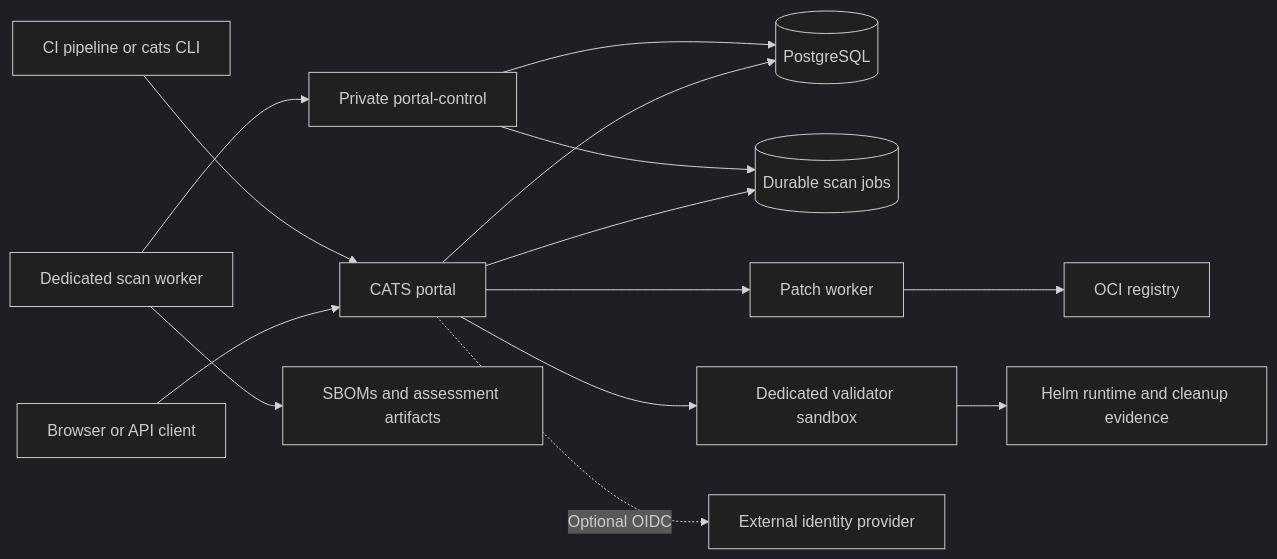
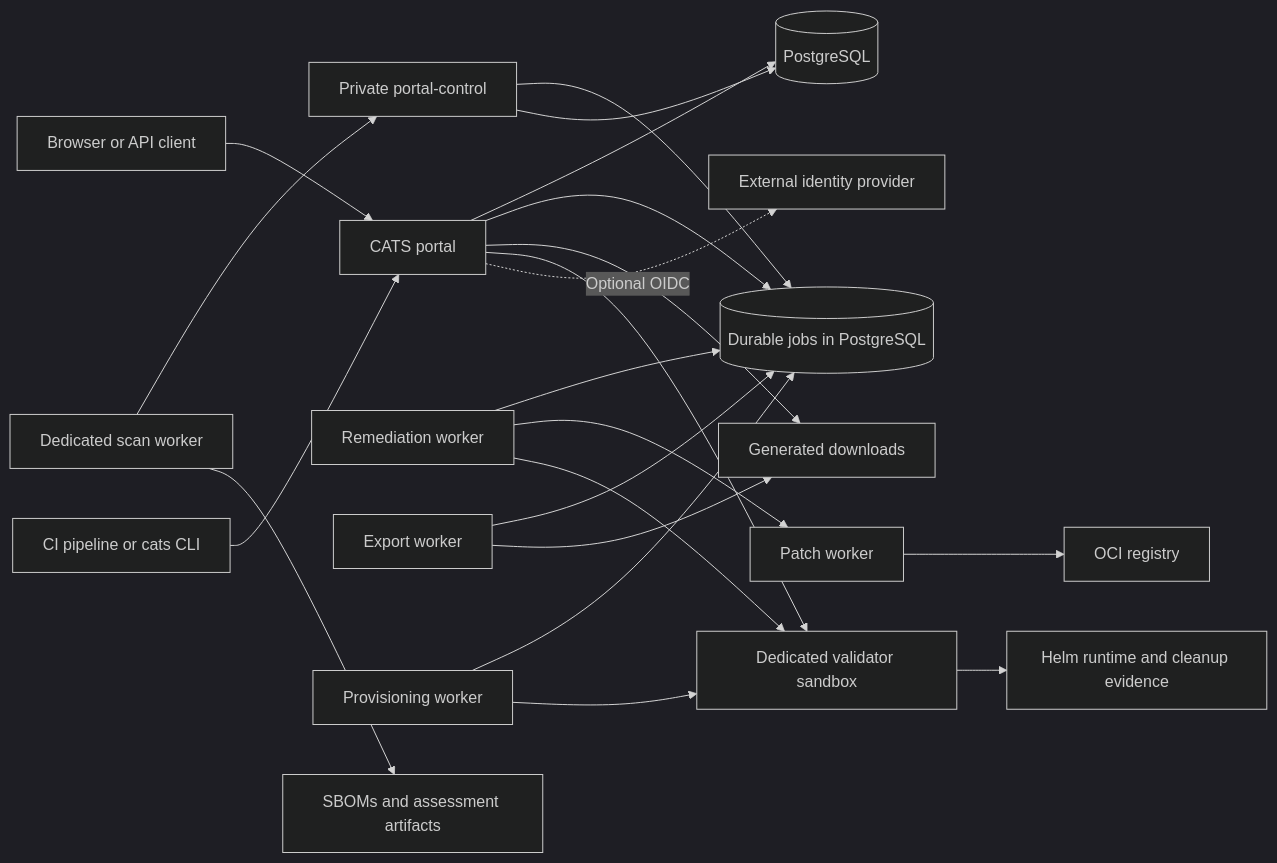
One commit to jewatson1994/CATS changed the diagram in README.md. Above: the diagram before and after it, drawn with Mermaid (dark theme). The commit also changed other lines of this file and 3 other files, not shown here.

````diff
--- a/README.md
+++ b/README.md
@@ -145,16 +147,23 @@
 ```mermaid
 flowchart LR
     Browser[Browser or API client] --> Portal[CATS portal]
     Pipeline[CI pipeline or cats CLI] --> Portal
     Portal --> DB[(PostgreSQL)]
-    Portal --> Queue[(Durable scan jobs)]
+    Portal --> Queue[(Durable jobs in PostgreSQL)]
     Control[Private portal-control] --> Queue
     Scanner[Dedicated scan worker] --> Control
     Control --> DB
-    Portal --> Worker[Patch worker]
+    Remediation[Remediation worker] --> Queue
+    Export[Export worker] --> Queue
+    Provisioning[Provisioning worker] --> Queue
+    Remediation --> Worker[Patch worker]
+    Remediation --> Validator[Dedicated validator sandbox]
+    Export --> Downloads[Generated downloads]
+    Portal --> Downloads
+    Provisioning --> Validator
     Portal --> Validator[Dedicated validator sandbox]
     Portal -. Optional OIDC .-> Identity[External identity provider]
     Scanner --> Evidence[SBOMs and assessment artifacts]
     Worker --> Registry[OCI registry]
     Validator --> Runtime[Helm runtime and cleanup evidence]
 ```
````
